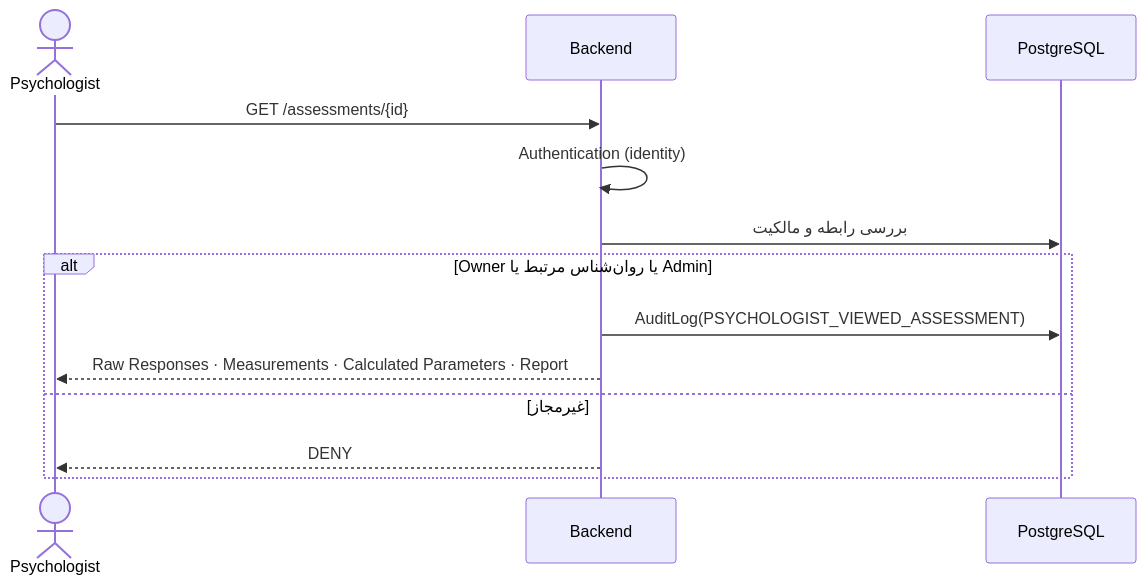
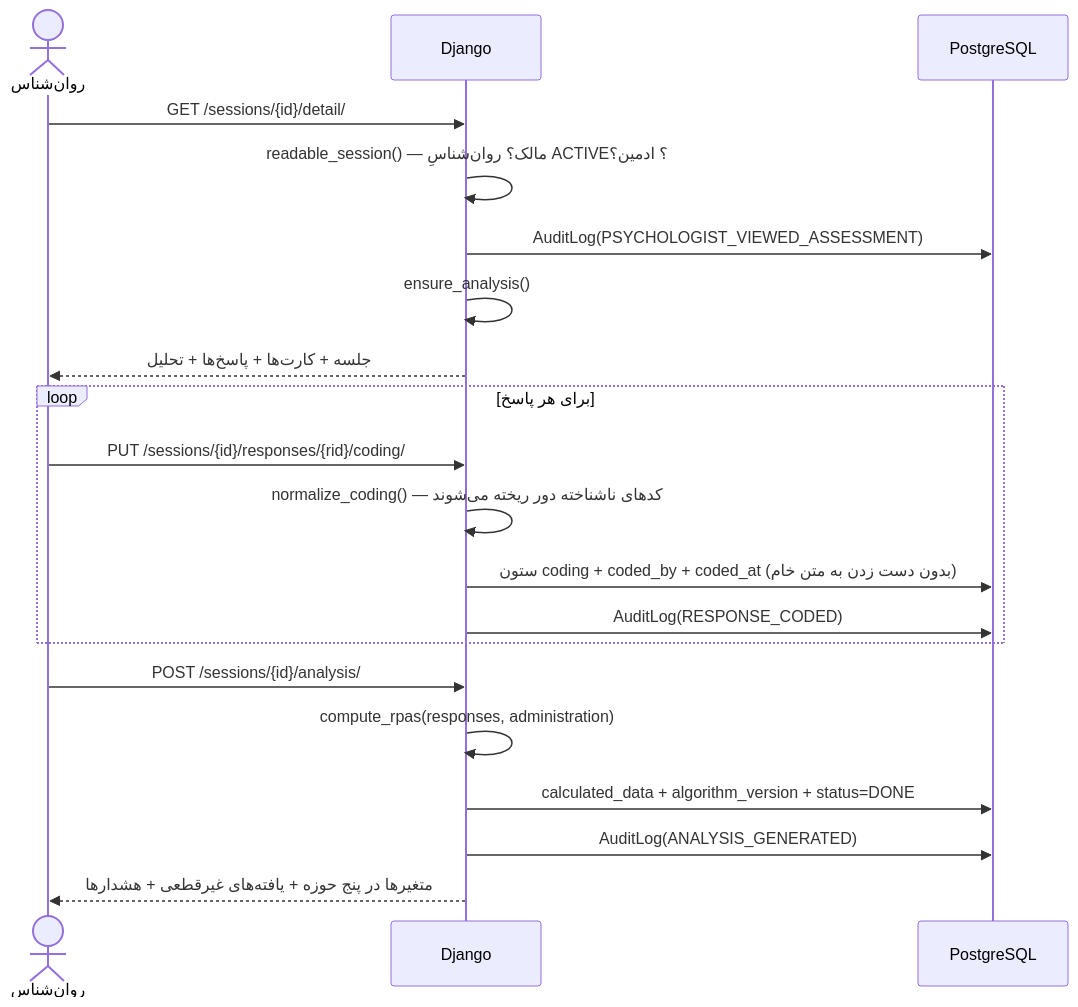
The eighth of 13 diagrams in documentation/05-sequence-diagrams.md (elmkhah/rorschach), drawn with Mermaid before and after one commit. The commit also changed other lines of this file and 23 other files, not shown here.

````diff
--- a/documentation/05-sequence-diagrams.md
+++ b/documentation/05-sequence-diagrams.md
@@ -188,16 +240,25 @@
 ```mermaid
 sequenceDiagram
-    actor PS as Psychologist
-    participant BE as Backend
+    actor PS as روان‌شناس
+    participant BE as Django
     participant DB as PostgreSQL
 
-    PS->>BE: GET /assessments/{id}
-    BE->>BE: Authentication (identity)
-    BE->>DB: بررسی رابطه و مالکیت
-    alt Owner یا روان‌شناس مرتبط یا Admin
-        BE->>DB: AuditLog(PSYCHOLOGIST_VIEWED_ASSESSMENT)
-        BE-->>PS: Raw Responses · Measurements · Calculated Parameters · Report
-    else غیرمجاز
-        BE-->>PS: DENY
+    PS->>BE: GET /sessions/{id}/detail/
+    BE->>BE: readable_session() — مالک؟ روان‌شناسِ ACTIVE؟ ادمین؟
+    BE->>DB: AuditLog(PSYCHOLOGIST_VIEWED_ASSESSMENT)
+    BE->>BE: ensure_analysis()
+    BE-->>PS: جلسه + کارت‌ها + پاسخ‌ها + تحلیل
+
+    loop برای هر پاسخ
+        PS->>BE: PUT /sessions/{id}/responses/{rid}/coding/
+        BE->>BE: normalize_coding() — کدهای ناشناخته دور ریخته می‌شوند
+        BE->>DB: ستون coding + coded_by + coded_at (بدون دست زدن به متن خام)
+        BE->>DB: AuditLog(RESPONSE_CODED)
     end
+
+    PS->>BE: POST /sessions/{id}/analysis/
+    BE->>BE: compute_rpas(responses, administration)
+    BE->>DB: calculated_data + algorithm_version + status=DONE
+    BE->>DB: AuditLog(ANALYSIS_GENERATED)
+    BE-->>PS: متغیرها در پنج حوزه + یافته‌های غیرقطعی + هشدارها
 ```
````
